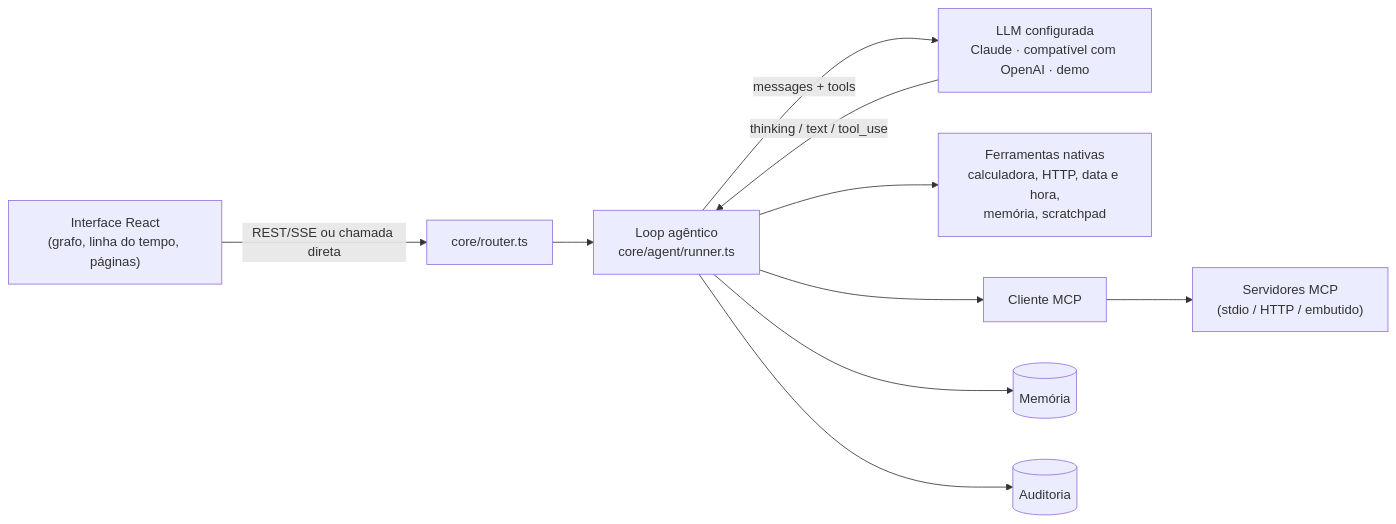
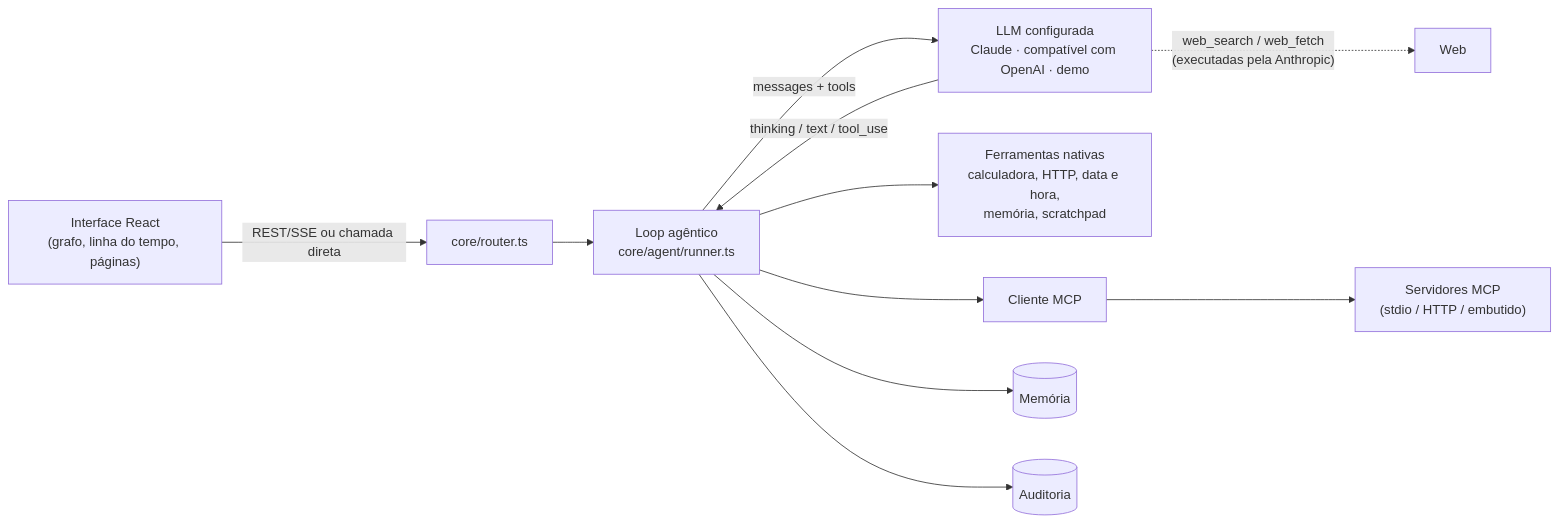
The diagram in README.md (LeonardoLetr/poc_agents_plataform), drawn with Mermaid before and after one commit. The commit also changed other lines of this file and 1 other file, not shown here.

````diff
--- a/README.md
+++ b/README.md
@@ -77,11 +78,12 @@
 ```mermaid
 flowchart LR
   UI["Interface React<br/>(grafo, linha do tempo, páginas)"] -- "REST/SSE ou chamada direta" --> Router["core/router.ts"]
   Router --> Loop["Loop agêntico<br/>core/agent/runner.ts"]
   Loop -- "messages + tools" --> LLM["LLM configurada<br/>Claude · compatível com OpenAI · demo"]
   LLM -- "thinking / text / tool_use" --> Loop
+  LLM -. "web_search / web_fetch<br/>(executadas pela Anthropic)" .-> Web["Web"]
   Loop --> Nativas["Ferramentas nativas<br/>calculadora, HTTP, data e hora,<br/>memória, scratchpad"]
   Loop --> MCP["Cliente MCP"] --> Servers["Servidores MCP<br/>(stdio / HTTP / embutido)"]
   Loop --> Mem[("Memória")]
   Loop --> Audit[("Auditoria")]
 ```
````
